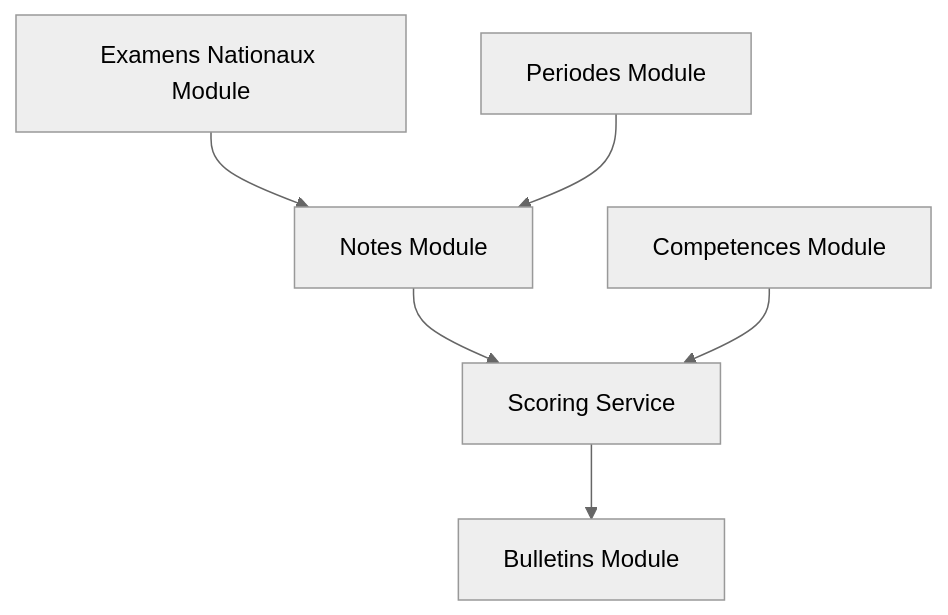
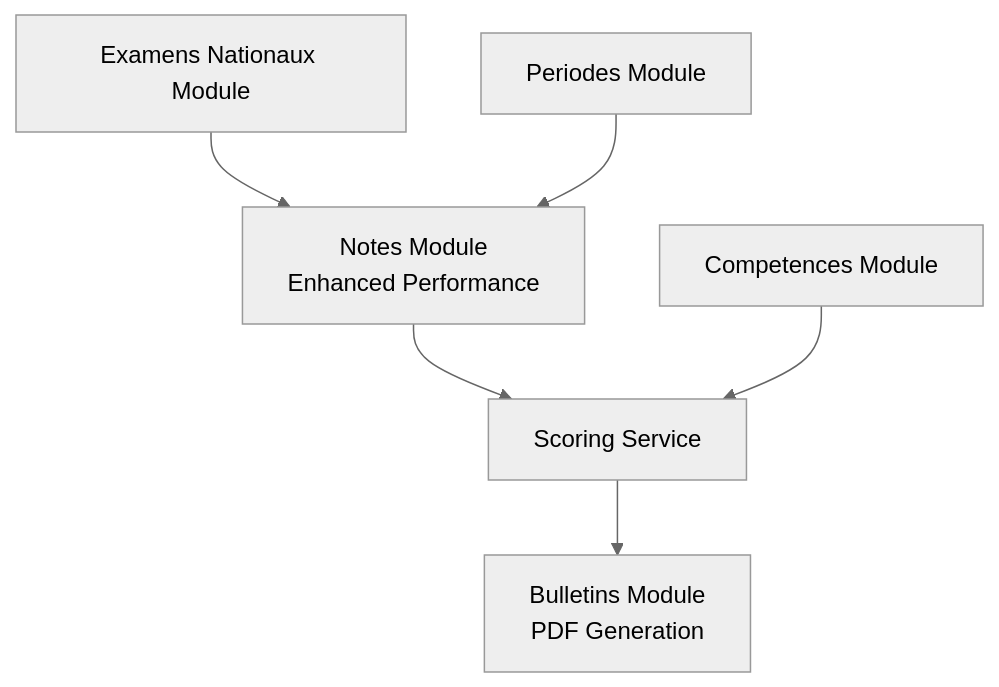
One commit to franckylab/eLISAschool changed the eighth of 8 diagrams in .qoder/repowiki/en/content/Academic Management System/Grade & Evaluation System/Grade & Evaluation System.md. Above: the diagram before and after it, drawn with Mermaid (neutral theme). The commit also changed other lines of this file and 21 other files, not shown here.

````diff
--- a/.qoder/repowiki/en/content/Academic Management System/Grade & Evaluation System/Grade & Evaluation System.md
+++ b/.qoder/repowiki/en/content/Academic Management System/Grade & Evaluation System/Grade & Evaluation System.md
@@ -304,8 +317,8 @@
 ```mermaid
 graph TB
-NOTES["Notes Module"] --> SCORE["Scoring Service"]
+NOTES["Notes Module<br/>Enhanced Performance"] --> SCORE["Scoring Service"]
 COMP["Competences Module"] --> SCORE
-SCORE --> BULL["Bulletins Module"]
+SCORE --> BULL["Bulletins Module<br/>PDF Generation"]
 EXN["Examens Nationaux Module"] --> NOTES
 PER["Periodes Module"] --> NOTES
 ```
````
